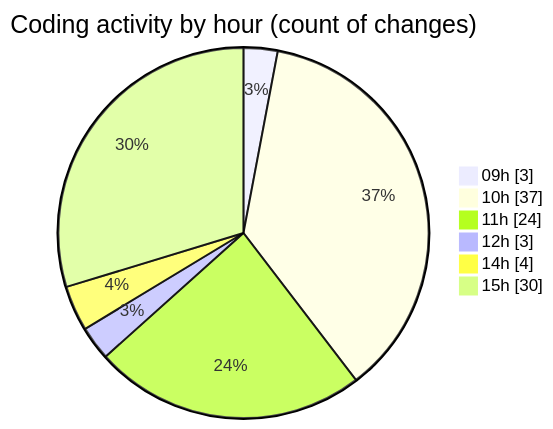
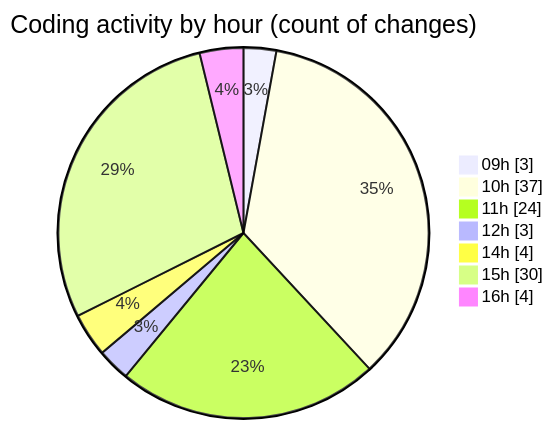
One commit to CELIANVF/code-tracking changed the second of 2 diagrams in 2025-05-02/ecodeli/README.md. Above: the diagram before and after it, drawn with Mermaid. The commit also changed other lines of this file and 1 other file, not shown here.

````diff
--- a/2025-05-02/ecodeli/README.md
+++ b/2025-05-02/ecodeli/README.md
@@ -78,10 +79,11 @@
 ```mermaid
 pie showData
 title Coding activity by hour (count of changes)
 "09h" : 3
 "10h" : 37
 "11h" : 24
 "12h" : 3
 "14h" : 4
 "15h" : 30
+"16h" : 4
 ```
````
